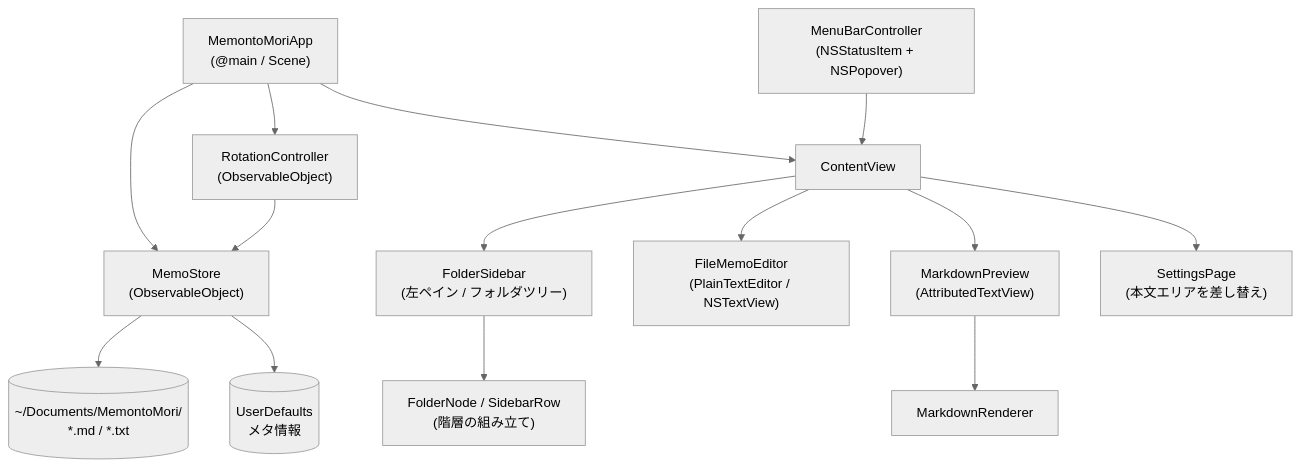
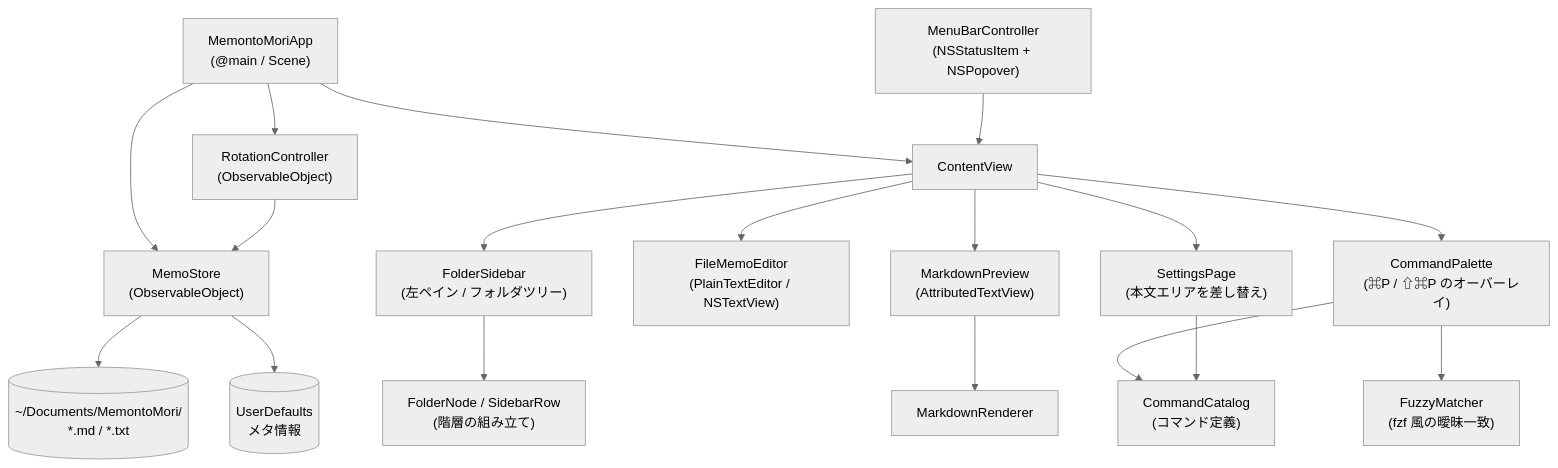
One commit to kimi8-lapi16/MemontoMori changed the first of 2 diagrams in docs/architecture.md. Above: the diagram before and after it, drawn with Mermaid (neutral theme). The commit also changed other lines of this file and 12 other files, not shown here.

````diff
--- a/docs/architecture.md
+++ b/docs/architecture.md
@@ -15,19 +15,24 @@
 ```mermaid
 graph TD
     App["MemontoMoriApp<br/>(@main / Scene)"] --> Store["MemoStore<br/>(ObservableObject)"]
     App --> Rotation["RotationController<br/>(ObservableObject)"]
     Rotation --> Store
     App --> CV["ContentView"]
 
     CV --> Sidebar["FolderSidebar<br/>(左ペイン / フォルダツリー)"]
     CV --> Editor["FileMemoEditor<br/>(PlainTextEditor / NSTextView)"]
     CV --> Preview["MarkdownPreview<br/>(AttributedTextView)"]
     CV --> Settings["SettingsPage<br/>(本文エリアを差し替え)"]
+    CV --> Palette["CommandPalette<br/>(⌘P / ⇧⌘P のオーバーレイ)"]
 
     Sidebar --> Tree["FolderNode / SidebarRow<br/>(階層の組み立て)"]
+
+    Palette --> Fuzzy["FuzzyMatcher<br/>(fzf 風の曖昧一致)"]
+    Palette --> Catalog["CommandCatalog<br/>(コマンド定義)"]
+    Settings --> Catalog
 
     Preview --> MR["MarkdownRenderer"]
     Store --> FS[("~/Documents/MemontoMori/<br/>*.md / *.txt")]
     Store --> UD[("UserDefaults<br/>メタ情報")]
     Menu["MenuBarController<br/>(NSStatusItem + NSPopover)"] --> CV
 ```
````
